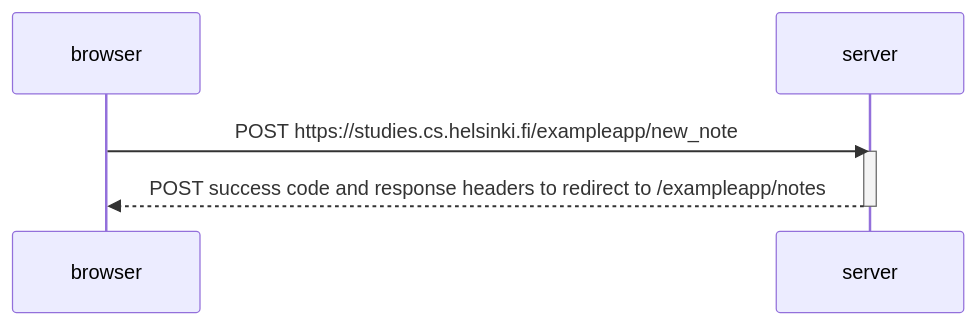
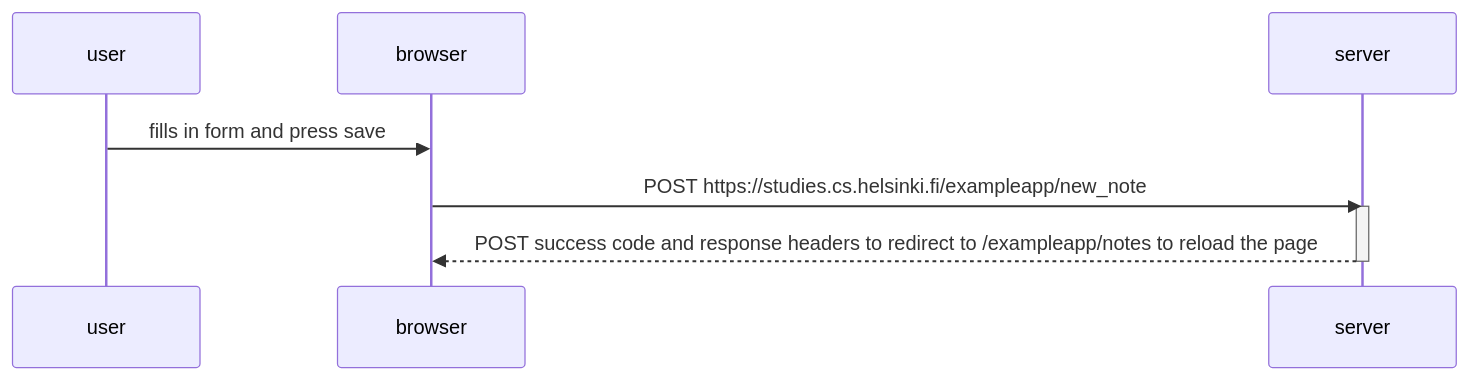
The diagram in part0/0.4.md (Alhada06/full-stack-open-2023), drawn with Mermaid before and after one commit. The commit also changed 2 other files, not shown here.

```diff
--- a/part0/0.4.md
+++ b/part0/0.4.md
@@ -1,11 +1,13 @@
 :::mermaid
 sequenceDiagram
+participant user
 participant browser
 participant server
 
+    user ->>browser: fills in form and press save
     browser->>server: POST  https://studies.cs.helsinki.fi/exampleapp/new_note
     activate server
-    server-->>browser: POST success code and response headers to redirect to /exampleapp/notes
+    server-->>browser: POST success code and response headers to redirect to /exampleapp/notes to reload the page
     deactivate server
 
 :::
```
